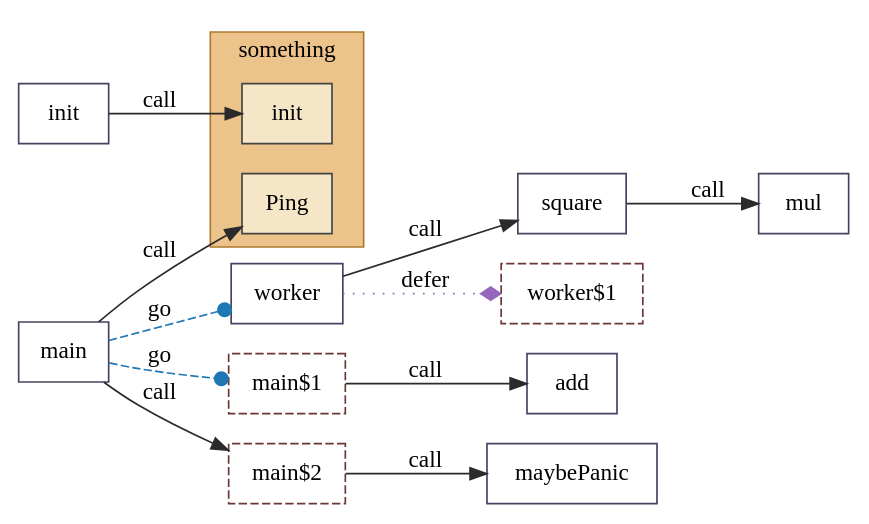
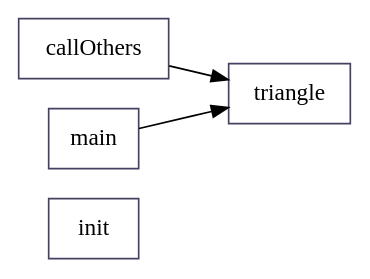
Before and after one commit to KeithFarrugia/go-callstat: the diagram in output/dotfiles/example.com_depusagetest.dot, drawn with Graphviz. The commit also changed 7 other files, not shown here.

```diff
--- a/output/dotfiles/example.com_depusagetest.dot
+++ b/output/dotfiles/example.com_depusagetest.dot
@@ -1,33 +1,9 @@
 digraph "" {
   rankdir=LR;
-  subgraph "cluster_example.com/depusagetest/something" {
-    label="something";
-    color="#af7a2e";
-    fillcolor="#ebc38b";
-    labelfontname="Cascadia-Mono";
-    style="filled";
-    tooltip="example.com/depusagetest/something";
-    "ext_902" [color="#444444", fillcolor="#f5e6c8", label="init", shape="box", style="filled", tooltip="example.com/depusagetest/something.init"];
-    "ext_4926" [color="#444444", fillcolor="#f5e6c8", label="Ping", shape="box", style="filled", tooltip="(*example.com/depusagetest/something.Bob).Ping"];
-  }
-  "n4917" [color="#484061", label="mul", shape="box", style="solid", tooltip="example.com/depusagetest.mul"];
-  "n4918" [color="#484061", label="square", shape="box", style="solid", tooltip="example.com/depusagetest.square"];
-  "n4919" [color="#484061", label="worker", shape="box", style="solid", tooltip="example.com/depusagetest.worker"];
-  "n4920" [color="#6c3636", label="worker$1", shape="box", style="dashed", tooltip="example.com/depusagetest.worker$1"];
-  "n4921" [color="#484061", label="maybePanic", shape="box", style="solid", tooltip="example.com/depusagetest.maybePanic"];
-  "n4922" [color="#484061", label="main", shape="box", style="solid", tooltip="example.com/depusagetest.main"];
-  "n4923" [color="#6c3636", label="main$1", shape="box", style="dashed", tooltip="example.com/depusagetest.main$1"];
-  "n4924" [color="#484061", label="add", shape="box", style="solid", tooltip="example.com/depusagetest.add"];
-  "n4925" [color="#6c3636", label="main$2", shape="box", style="dashed", tooltip="example.com/depusagetest.main$2"];
-  "n4981" [color="#484061", label="init", shape="box", style="solid", tooltip="example.com/depusagetest.init"];
-  "n4919" -> "n4920" [arrowhead="diamond", color="#9467bd", label="defer", style="dotted", tooltip="deferred defer t1()"];
-  "n4919" -> "n4918" [arrowhead="normal", color="#2b2b2b", label="call", style="solid", tooltip="square(t4)"];
-  "n4923" -> "n4924" [arrowhead="normal", color="#2b2b2b", label="call", style="solid", tooltip="add(2:int, 3:int)"];
-  "n4981" -> "ext_902" [arrowhead="normal", color="#2b2b2b", label="call", style="solid", tooltip="example.com/depusagetest/something.init()"];
-  "n4922" -> "n4919" [arrowhead="dot", color="#1f77b4", label="go", style="dashed", tooltip="concurrent go worker(1:int, t4, t5)"];
-  "n4922" -> "n4923" [arrowhead="dot", color="#1f77b4", label="go", style="dashed", tooltip="concurrent go t9()"];
-  "n4922" -> "n4925" [arrowhead="normal", color="#2b2b2b", label="call", style="solid", tooltip="main$2(t12)"];
-  "n4922" -> "ext_4926" [arrowhead="normal", color="#2b2b2b", label="call", style="solid", tooltip="(*example.com/depusagetest/something.Bob).Ping(t14)"];
-  "n4925" -> "n4921" [arrowhead="normal", color="#2b2b2b", label="call", style="solid", tooltip="maybePanic(v)"];
-  "n4918" -> "n4917" [arrowhead="normal", color="#2b2b2b", label="call", style="solid", tooltip="mul(x, x)"];
+  "n1" [color="#484061", label="init", shape="box", style="solid", tooltip="example.com/depusagetest.init"];
+  "n2" [color="#484061", label="triangle", shape="box", style="solid", tooltip="example.com/depusagetest.triangle"];
+  "n3" [color="#484061", label="callOthers", shape="box", style="solid", tooltip="example.com/depusagetest.callOthers"];
+  "n4" [color="#484061", label="main", shape="box", style="solid", tooltip="example.com/depusagetest.main"];
+  "n3" -> "n2" [arrowhead="normal", color="#000000", style="solid", tooltip="return triangle"];
+  "n4" -> "n2" [arrowhead="normal", color="#000000", style="solid", tooltip="*storedFn = triangle"];
 }
```
